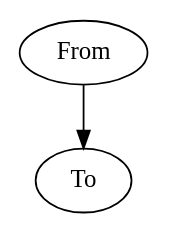
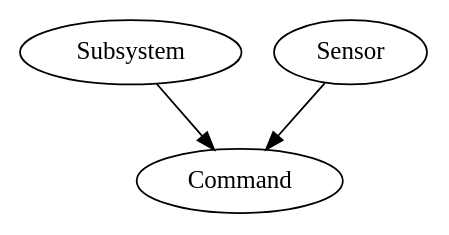
The diagram in docs/code/file_structure.rst (Choate-Robotics/Programming-SOPs), drawn with Graphviz before and after one commit. The commit also changed other lines of this file and 2 other files, not shown here.

```diff
--- a/docs/code/file_structure.rst
+++ b/docs/code/file_structure.rst
@@ -9,5 +64,6 @@
 .. graphviz:: 
 
     digraph {
-        "From" -> "To";
+        "Subsystem" -> "Command";
+        "Sensor" -> "Command";
     }
```
